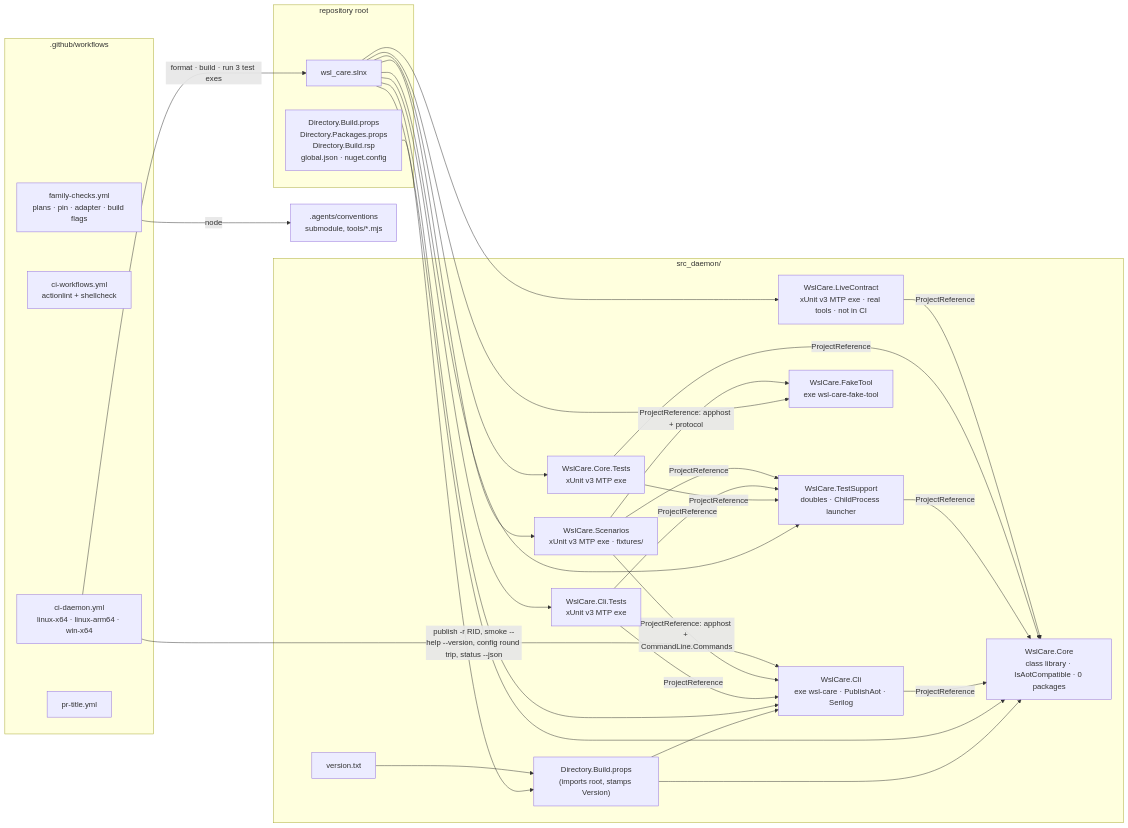
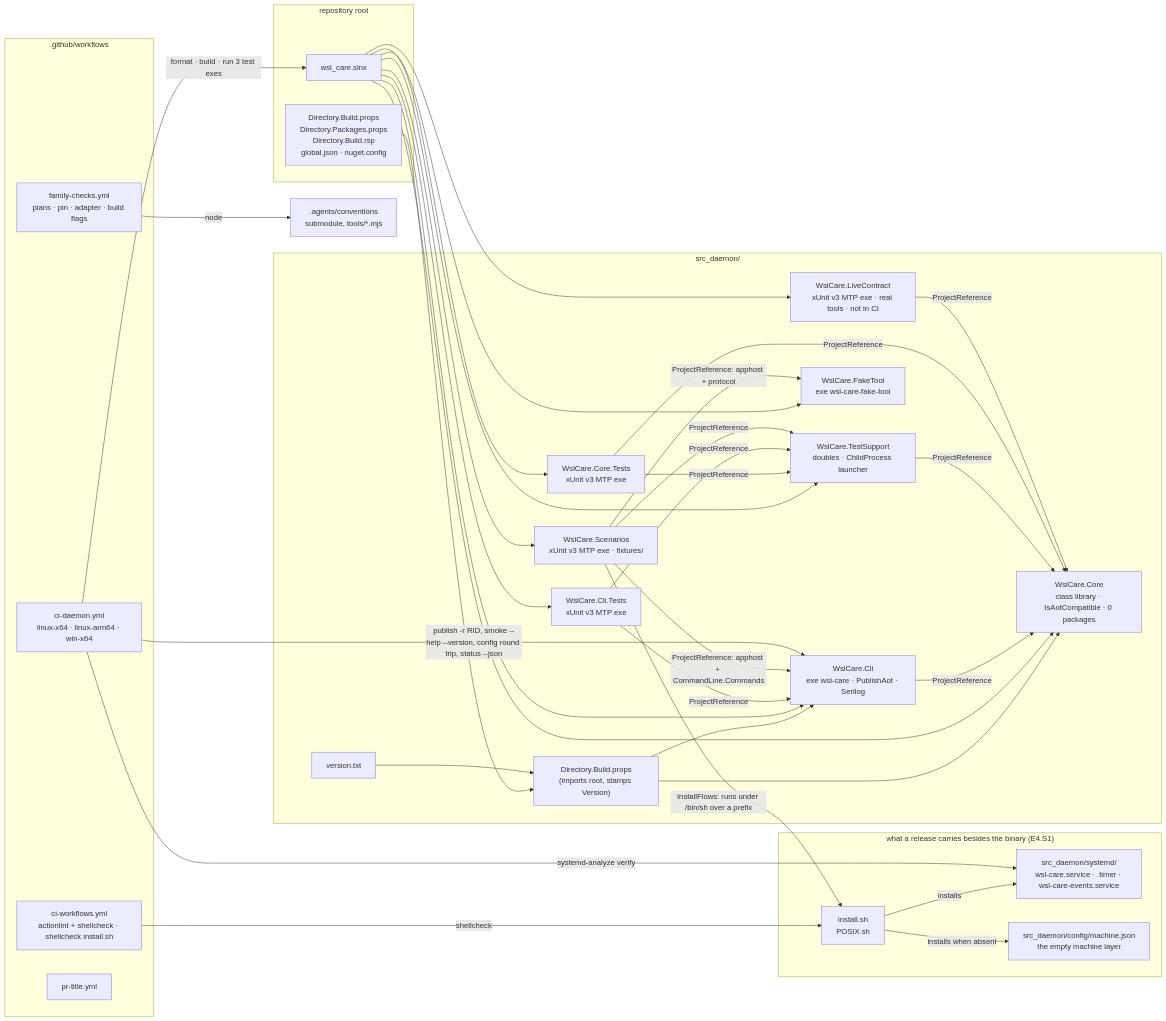
Before and after one commit to oleksandrdubyna88/wsl_care: diagram 14 of 16 in research/architecture.md, drawn with Mermaid. The commit also changed other lines of this file and 20 other files, not shown here.

First line of the commit message:
feat(install): install.sh with checksum and attestation, the three units, the empty machine layer (E4.S1)

````diff
--- a/research/architecture.md
+++ b/research/architecture.md
@@ -1256,55 +1354,66 @@
 ```mermaid
 flowchart LR
     subgraph root["repository root"]
         props["Directory.Build.props<br/>Directory.Packages.props<br/>Directory.Build.rsp<br/>global.json · nuget.config"]
         slnx["wsl_care.slnx"]
     end
 
     subgraph daemon["src_daemon/"]
         ver["version.txt"]
         dprops["Directory.Build.props<br/>(imports root, stamps Version)"]
         core["WslCare.Core<br/>class library · IsAotCompatible · 0 packages"]
         cli["WslCare.Cli<br/>exe wsl-care · PublishAot · Serilog"]
         support["WslCare.TestSupport<br/>doubles · ChildProcess launcher"]
         coreT["WslCare.Core.Tests<br/>xUnit v3 MTP exe"]
         cliT["WslCare.Cli.Tests<br/>xUnit v3 MTP exe"]
         fake["WslCare.FakeTool<br/>exe wsl-care-fake-tool"]
         scn["WslCare.Scenarios<br/>xUnit v3 MTP exe · fixtures/"]
         live["WslCare.LiveContract<br/>xUnit v3 MTP exe · real tools · not in CI"]
     end
 
     subgraph ci[".github/workflows"]
         ciD["ci-daemon.yml<br/>linux-x64 · linux-arm64 · win-x64"]
-        ciW["ci-workflows.yml<br/>actionlint + shellcheck"]
+        ciW["ci-workflows.yml<br/>actionlint + shellcheck · shellcheck install.sh"]
         ciF["family-checks.yml<br/>plans · pin · adapter · build flags"]
         prT["pr-title.yml"]
     end
 
     conv[".agents/conventions<br/>submodule, tools/*.mjs"]
+
+    subgraph ship["what a release carries besides the binary (E4.S1)"]
+        inst["install.sh<br/>POSIX sh"]
+        unitsF["src_daemon/systemd/<br/>wsl-care.service · .timer · wsl-care-events.service"]
+        machine["src_daemon/config/machine.json<br/>the empty machine layer"]
+    end
 
     props --> dprops
     ver --> dprops
     dprops --> core
     dprops --> cli
     slnx --> core
     slnx --> cli
     slnx --> support
     slnx --> coreT
     slnx --> cliT
     slnx --> fake
     slnx --> scn
     slnx --> live
     cli -->|ProjectReference| core
     support -->|ProjectReference| core
     coreT -->|ProjectReference| core
     coreT -->|ProjectReference| support
     cliT -->|ProjectReference| cli
     cliT -->|ProjectReference| support
     scn -->|"ProjectReference: apphost + CommandLine.Commands"| cli
     scn -->|"ProjectReference: apphost + protocol"| fake
     scn -->|ProjectReference| support
     live -->|ProjectReference| core
     ciD -->|format · build · run 3 test exes| slnx
     ciD -->|"publish -r RID, smoke --help --version, config round trip, status --json"| cli
     ciF -->|node| conv
+    inst -->|installs| unitsF
+    inst -->|"installs when absent"| machine
+    scn -->|"InstallFlows: runs under /bin/sh over a prefix"| inst
+    ciW -->|shellcheck| inst
+    ciD -->|"systemd-analyze verify"| unitsF
 ```
````
